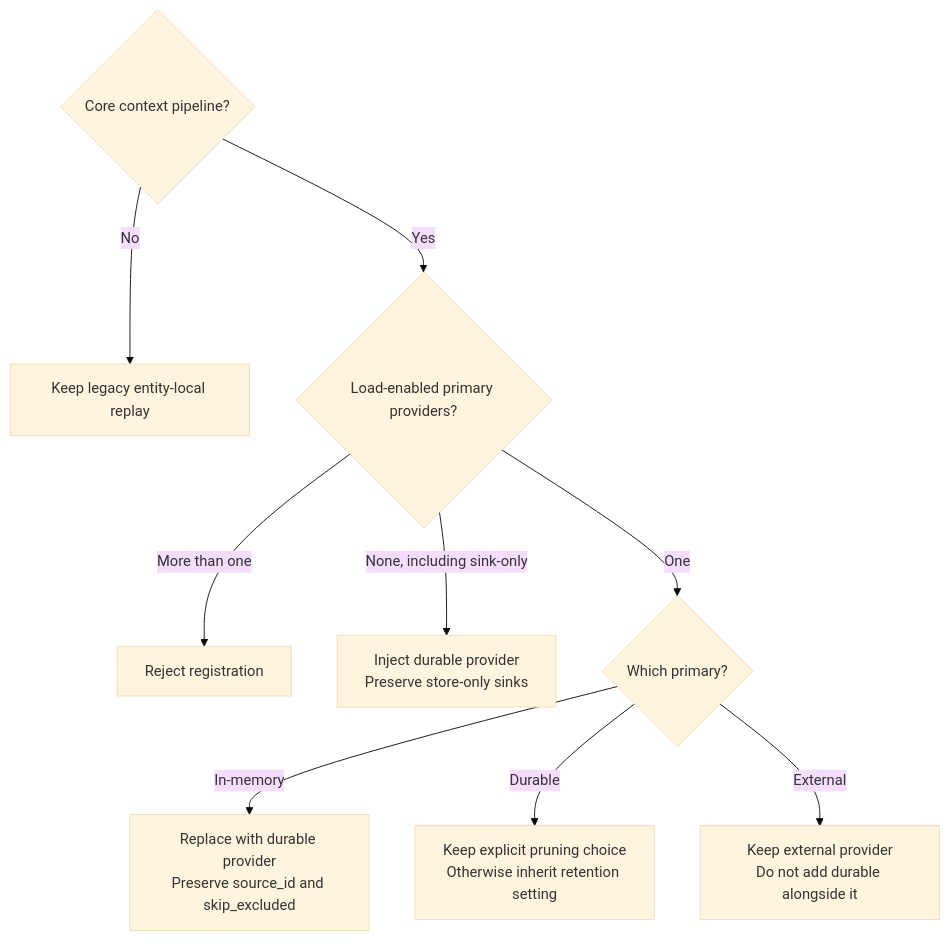
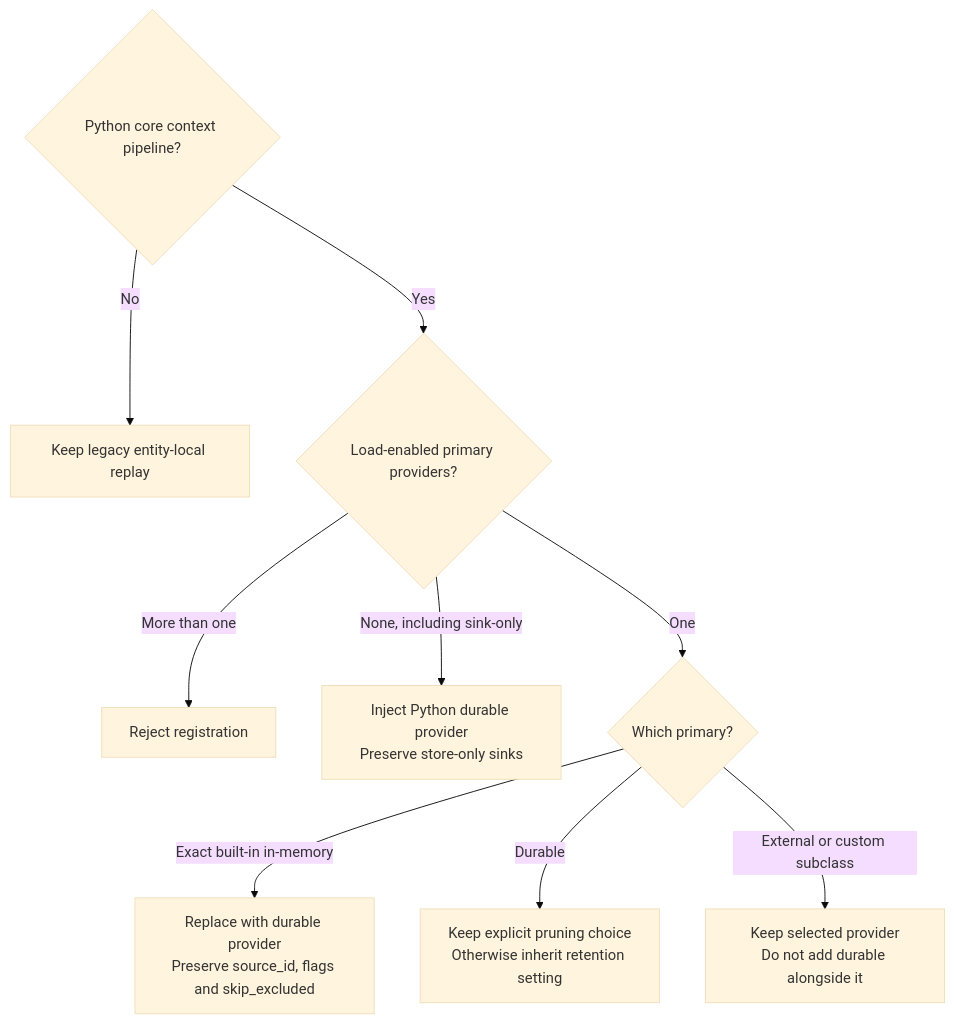
Before and after one commit to microsoft/agent-framework-durable-extension: the third of 6 diagrams in docs/decisions/0032-durable-thread-compaction.md, drawn with Mermaid (base theme). The commit also changed other lines of this file, not shown here.

Commit message:
docs: clarify durable runtime contracts and validation boundaries

````diff
--- a/docs/decisions/0032-durable-thread-compaction.md
+++ b/docs/decisions/0032-durable-thread-compaction.md
@@ -207,12 +242,12 @@
 ```mermaid
 flowchart TB
-  PIPE{"Core context pipeline?"}
+  PIPE{"Python core context pipeline?"}
   PIPE -->|"No"| LEGACY["Keep legacy entity-local replay"]
   PIPE -->|"Yes"| COUNT{"Load-enabled primary providers?"}
   COUNT -->|"More than one"| REJECT["Reject registration"]
-  COUNT -->|"None, including sink-only"| INJECT["Inject durable provider<br/>Preserve store-only sinks"]
+  COUNT -->|"None, including sink-only"| INJECT["Inject Python durable provider<br/>Preserve store-only sinks"]
   COUNT -->|"One"| TYPE{"Which primary?"}
-  TYPE -->|"In-memory"| REPLACE["Replace with durable provider<br/>Preserve source_id and skip_excluded"]
+  TYPE -->|"Exact built-in in-memory"| REPLACE["Replace with durable provider<br/>Preserve source_id, flags and skip_excluded"]
   TYPE -->|"Durable"| KEEP["Keep explicit pruning choice<br/>Otherwise inherit retention setting"]
-  TYPE -->|"External"| EXTERNAL["Keep external provider<br/>Do not add durable alongside it"]
+  TYPE -->|"External or custom subclass"| EXTERNAL["Keep selected provider<br/>Do not add durable alongside it"]
 ```
````
